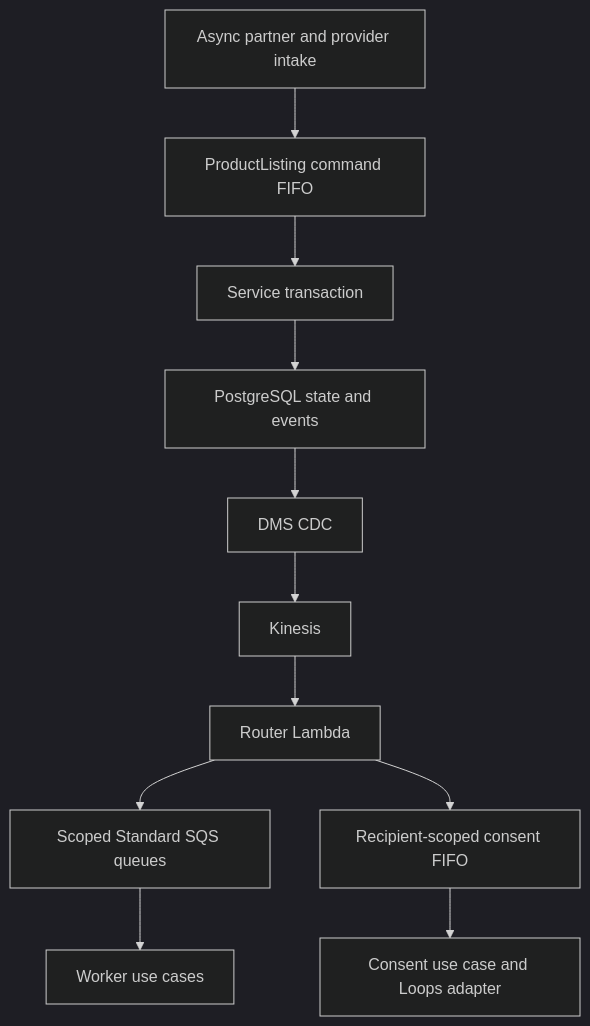
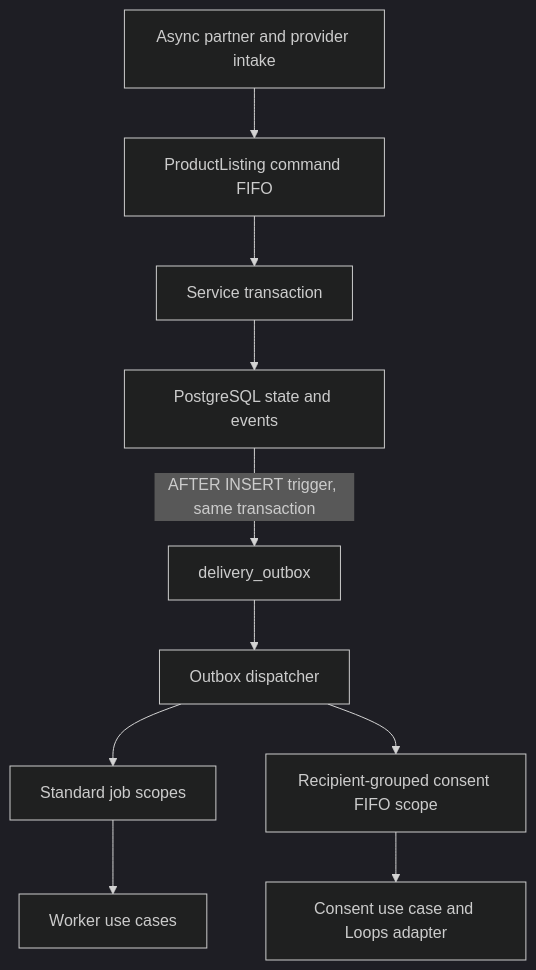
Before and after one commit to aura-historia/backend: the diagram in docs/events/flow.md, drawn with Mermaid (dark theme). The commit also changed other lines of this file and 664 other files, not shown here.

First line of the commit message:
epic(#3022): run prod on the self-hosted host with a PostgreSQL outbox and job queue (#3081)

````diff
--- a/docs/events/flow.md
+++ b/docs/events/flow.md
@@ -10,13 +10,12 @@
 ```mermaid
 flowchart TD
     Writes[Service transaction] --> PG[PostgreSQL state and events]
-    PG --> DMS[DMS CDC]
-    DMS --> Kinesis[Kinesis]
-    Kinesis --> Router[Router Lambda]
-    Router --> Standard[Scoped Standard SQS queues]
-    Router --> Consent[Recipient-scoped consent FIFO]
+    PG -->|AFTER INSERT trigger, same transaction| Outbox[delivery_outbox]
+    Outbox --> Dispatcher[Outbox dispatcher]
+    Dispatcher --> Standard[Standard job scopes]
+    Dispatcher --> Consent[Recipient-grouped consent FIFO scope]
     Standard --> Workers[Worker use cases]
     Consent --> Loops[Consent use case and Loops adapter]
     Intake[Async partner and provider intake] --> Commands[ProductListing command FIFO]
     Commands --> Writes
 ```
````
